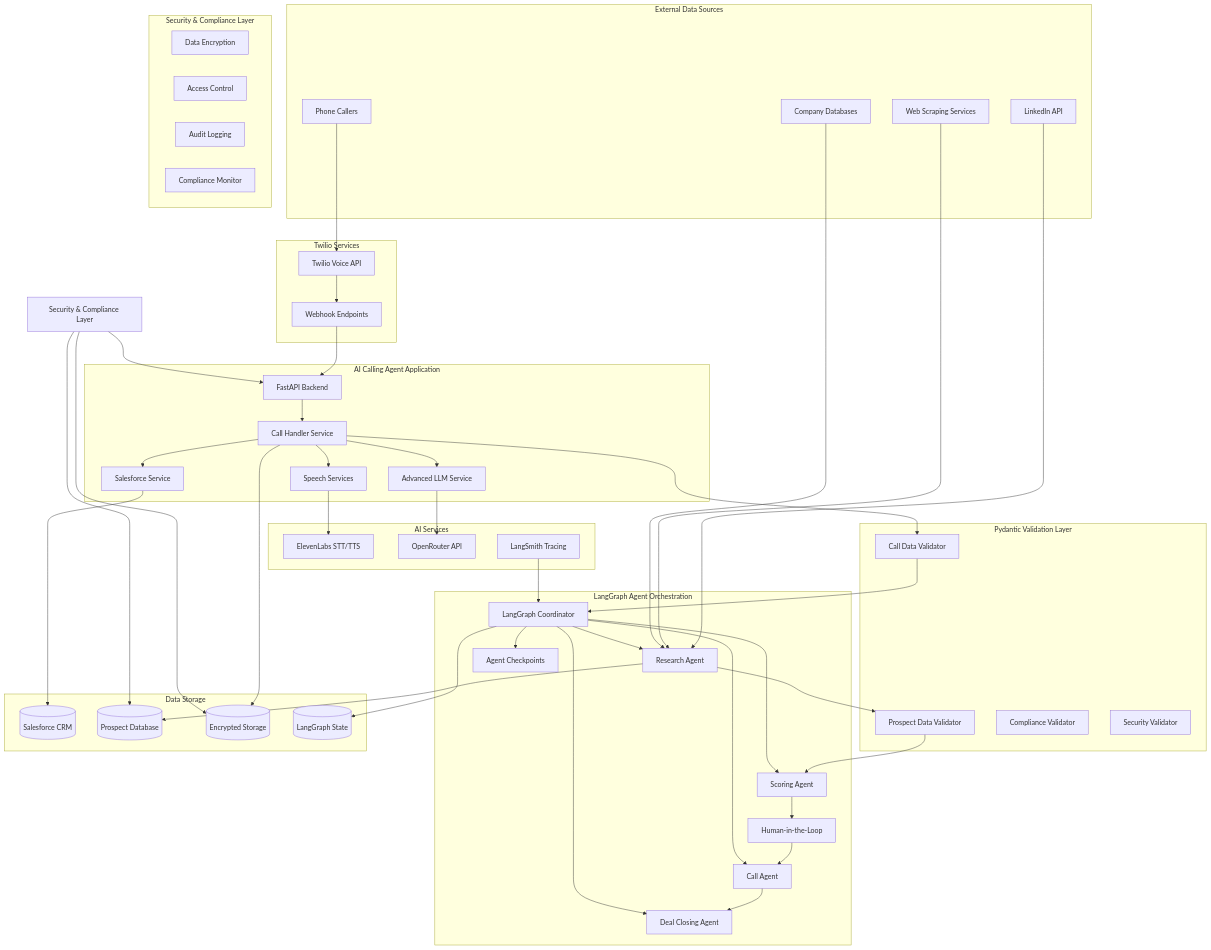
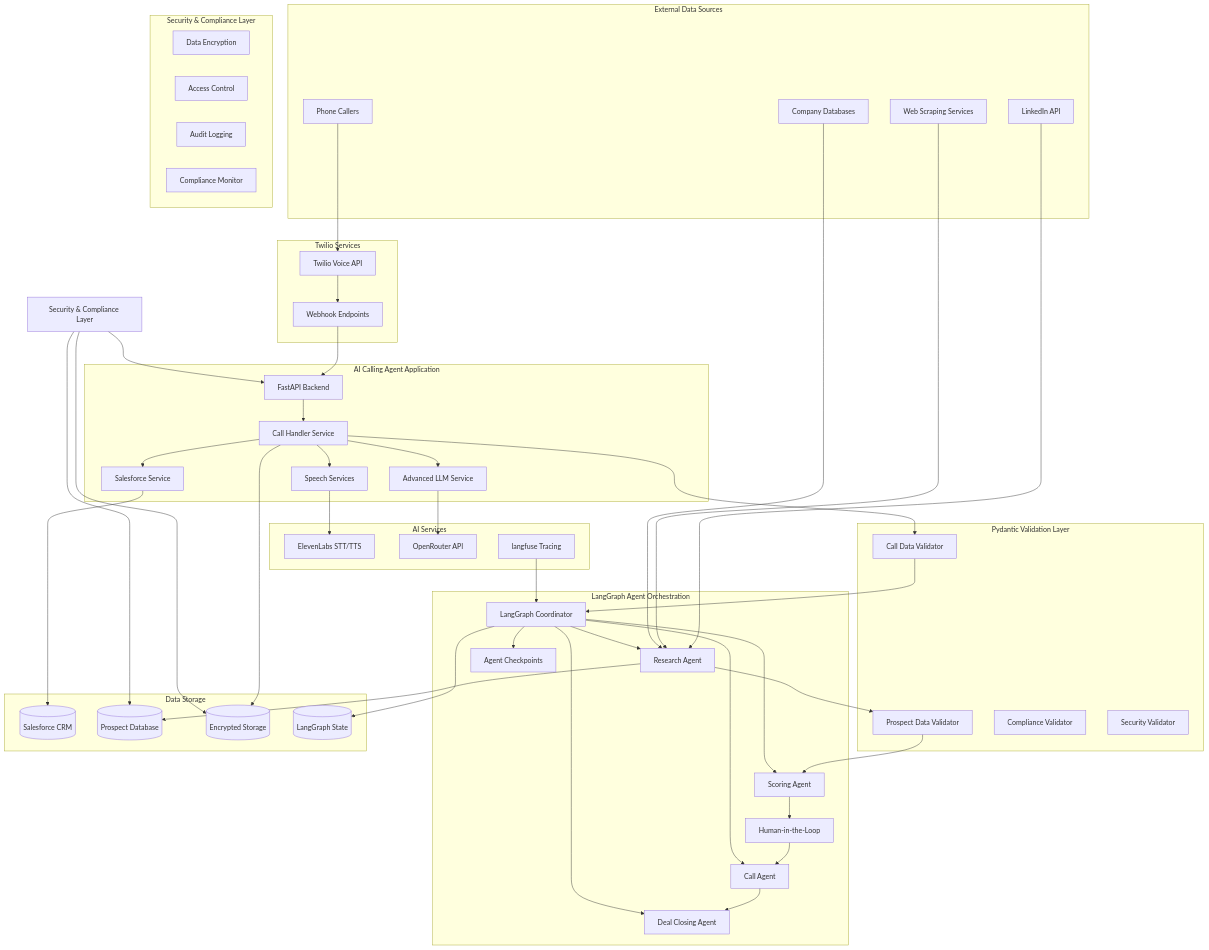
Before and after one commit to Aparnap2/ai_voice_agent: the second of 4 diagrams in .kiro/specs/ai-calling-agent-mvp/design.md, drawn with Mermaid. The commit also changed other lines of this file and 53 other files, not shown here.

````diff
--- a/.kiro/specs/ai-calling-agent-mvp/design.md
+++ b/.kiro/specs/ai-calling-agent-mvp/design.md
@@ -61,7 +142,7 @@
     subgraph "AI Services"
         ElevenLabs[ElevenLabs STT/TTS]
         OpenRouter[OpenRouter API]
-        LangSmith[LangSmith Tracing]
+        langfuse[langfuse Tracing]
     end
     
     subgraph "Data Storage"
@@ -108,5 +189,5 @@
     SecurityLayer --> ProspectDB
     SecurityLayer --> EncryptedStorage
     
-    LangSmith --> LangGraph
+    langfuse --> LangGraph
 ```
````
